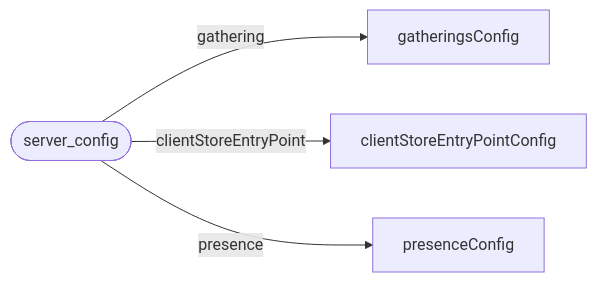
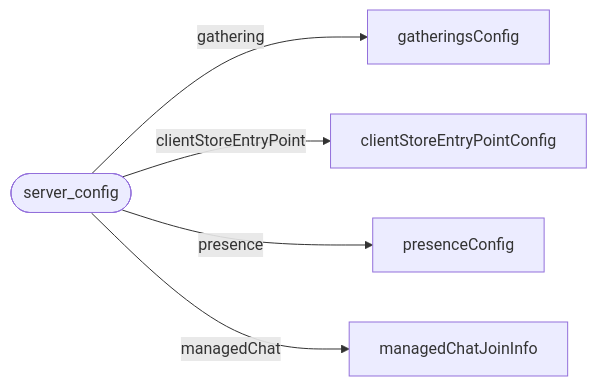
One commit to bedrock-v/protocol-docs changed the diagram in schemas/types/server_config.md. Above: the diagram before and after it, drawn with Mermaid. The commit also changed 39 other files, not shown here.

````diff
--- a/schemas/types/server_config.md
+++ b/schemas/types/server_config.md
@@ -5,7 +5,8 @@
 ```mermaid
 flowchart LR
   ROOT(["server_config"])
   ROOT -->|"gathering"| gatheringsConfig["gatheringsConfig"]
   ROOT -->|"clientStoreEntryPoint"| clientStoreEntryPointConfig["clientStoreEntryPointConfig"]
   ROOT -->|"presence"| presenceConfig["presenceConfig"]
+  ROOT -->|"managedChat"| managedChatJoinInfo["managedChatJoinInfo"]
 ```
````
